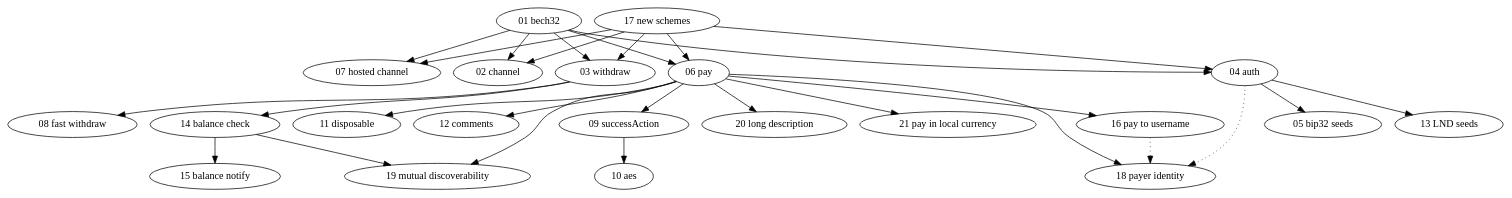
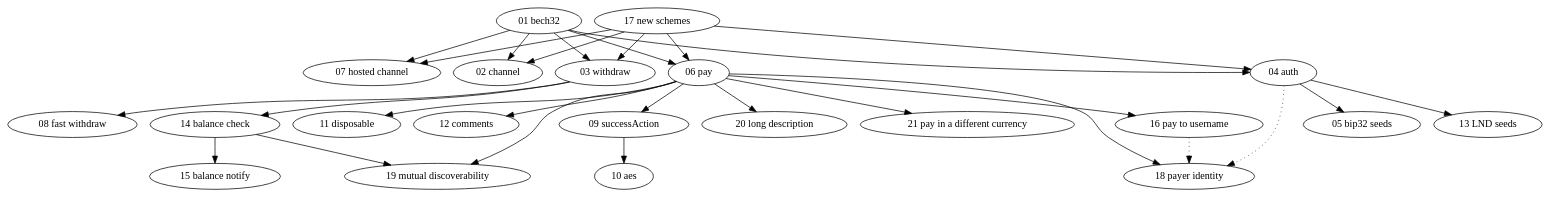
The diagram in dependencies.dot (lnurl/luds), drawn with Graphviz before and after one commit. The commit also changed 2 other files, not shown here.

```diff
--- a/dependencies.dot
+++ b/dependencies.dot
@@ -1,37 +1,37 @@
 digraph {
   01[label="01 bech32"]
   02[label="02 channel"]
   03[label="03 withdraw"]
   04[label="04 auth"]
   05[label="05 bip32 seeds"]
   06[label="06 pay"]
   07[label="07 hosted channel"]
   08[label="08 fast withdraw"]
   09[label="09 successAction"]
   10[label="10 aes"]
   11[label="11 disposable"]
   12[label="12 comments"]
   13[label="13 LND seeds"]
   14[label="14 balance check"]
   15[label="15 balance notify"]
   16[label="16 pay to username"]
   17[label="17 new schemes"]
   18[label="18 payer identity"]
   19[label="19 mutual discoverability"]
   20[label="20 long description"]
-  21[label="21 pay in local currency"]
+  21[label="21 pay in a different currency"]
 
   { 01 17 } -> { 02 03 04 06 07 } // base protocols depend on URL format
   04 -> { 05 13 } // lnurl-auth seed generation methods
   03 -> 08 // fast withdraw
   03 -> 14 -> 15 // balanceCheck/balanceNotify
   06 -> 09 -> 10 // lnurl-pay successAction
   06 -> 11 // disposable lnurl-pay
   06 -> 12 // lnurl-pay comments
   06 -> 16 // paying to user@domain.com
   06 -> 18 // lnurl-pay payer ids
   06 -> 20 // long description
-  06 -> 21 // guarantee payment amount in localized currency
+  06 -> 21 // pay in a different currency
   { 04 16 } -> 18 [style="dotted"] // loose relationship of payer id with lnurl-auth and lightning address
   { 06 14 } -> 19 // mutually discoverable pay and withdraw links
 }
```
